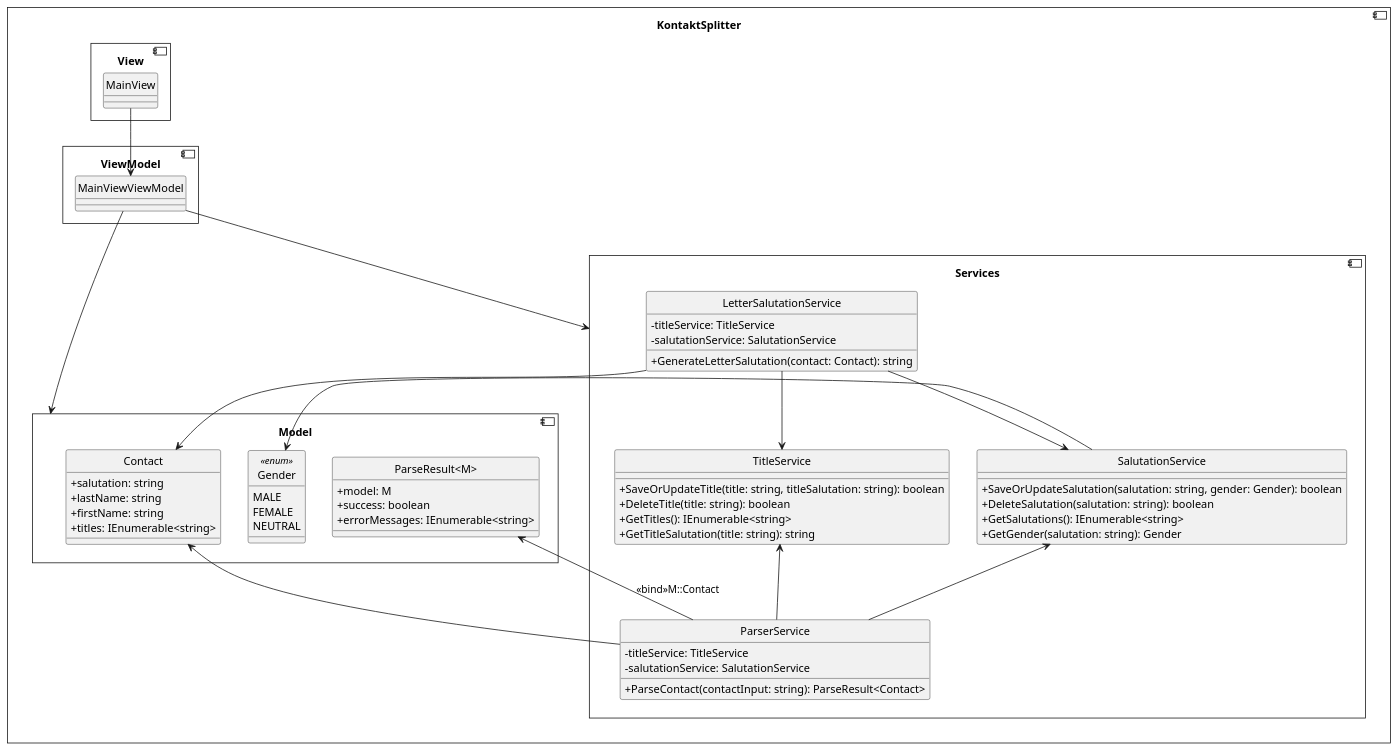
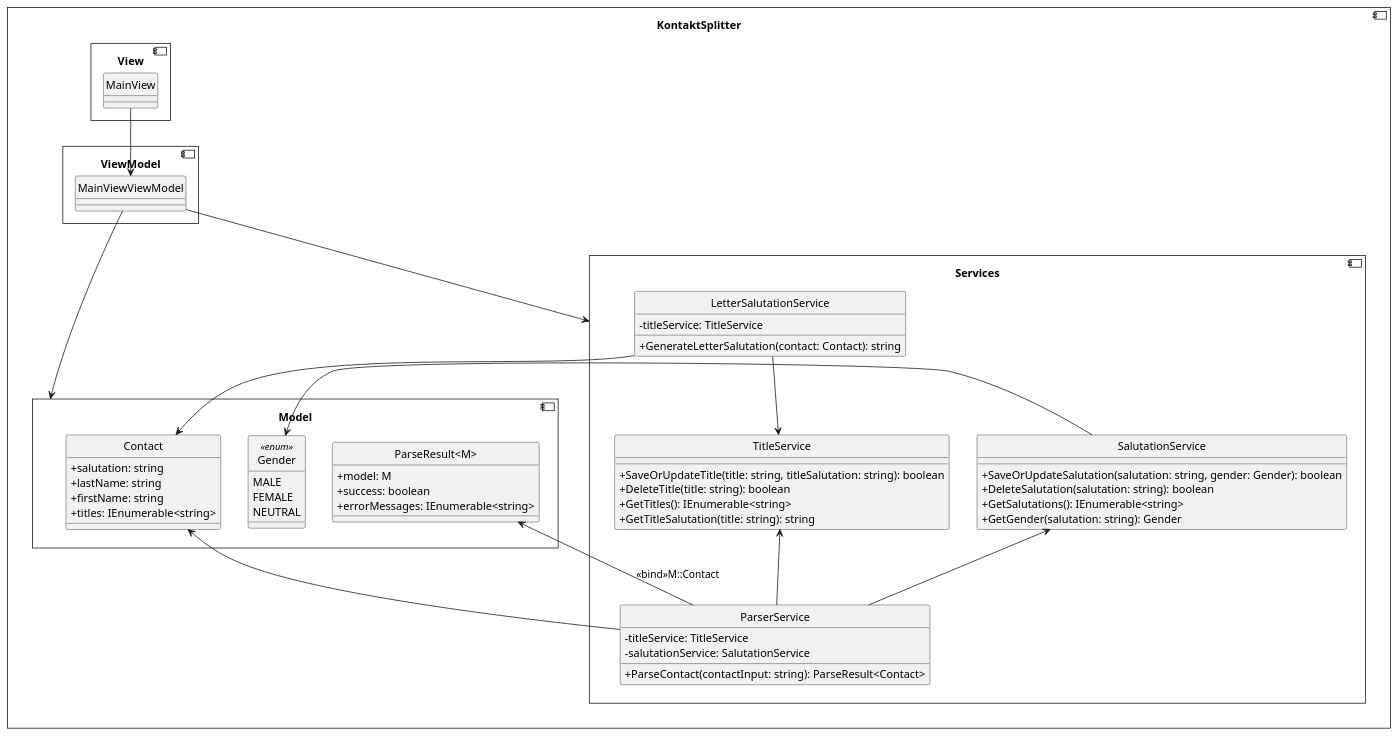
One commit to etienneZink/Baka.SoftwareQuality changed the diagram in doc/Architektur_Fein.pu. Above: the diagram before and after it, drawn with PlantUML. The commit also changed 1 other file, not shown here.

```diff
--- a/doc/Architektur_Fein.pu
+++ b/doc/Architektur_Fein.pu
@@ -1,92 +1,90 @@
 @startuml Architektur_Grob
 skinparam Style strictuml
 skinparam genericDisplay old
 skinparam classAttributeIconSize 0
 skinparam monochrome true
 
 component KontaktSplitter{
 
     component View{
         class MainView
     }
 
     component ViewModel{
         class MainViewViewModel{
             'ToDo Bindings
         }
     }
 
     component Model{
         class Contact{
             +salutation: string
             +lastName: string
             +firstName: string
             +titles: IEnumerable<string>
         }
 
         class ParseResult<M>{
             +model: M
             +success: boolean
             +errorMessages: IEnumerable<string>
         }
 
         enum Gender<<enum>>{
             MALE
             FEMALE
             NEUTRAL
         }
     }
 
     component Services{
         class TitleService{
             +SaveOrUpdateTitle(title: string, titleSalutation: string): boolean
             +DeleteTitle(title: string): boolean
             +GetTitles(): IEnumerable<string>
             +GetTitleSalutation(title: string): string
         }
 
         class SalutationService{
             +SaveOrUpdateSalutation(salutation: string, gender: Gender): boolean
             +DeleteSalutation(salutation: string): boolean
             +GetSalutations(): IEnumerable<string>
             +GetGender(salutation: string): Gender
         }
 
         class ParserService{
             -titleService: TitleService
             -salutationService: SalutationService
             +ParseContact(contactInput: string): ParseResult<Contact>
         }
         
         class LetterSalutationService{
             -titleService: TitleService
-            -salutationService: SalutationService
             +GenerateLetterSalutation(contact: Contact): string
         }
     }
 }
 
 
 
 MainView --> MainViewViewModel
 
 'MainViewViewModel --> ParserService
 'MainViewViewModel --> LetterSalutationService
 'MainViewViewModel --> Contact
 'MainViewViewModel --> TitleService
 'MainViewViewModel --> SalutationService
 MainViewViewModel --> Model
 MainViewViewModel --> Services
 
 LetterSalutationService --> TitleService
-LetterSalutationService --> SalutationService
 LetterSalutationService --> Contact
 
 TitleService <-- ParserService
 SalutationService <-- ParserService
 Contact <-- ParserService
 ParseResult <-- ParserService:<<bind>>M::Contact
 
 SalutationService --> Gender
 
 @enduml
```
